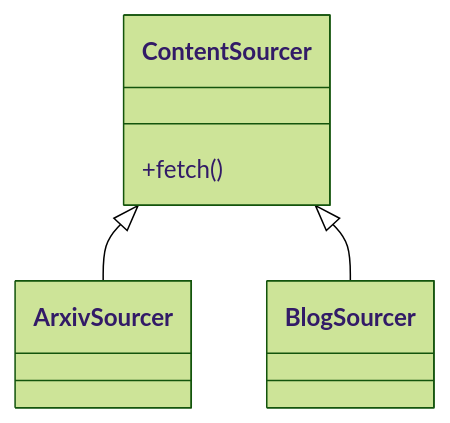
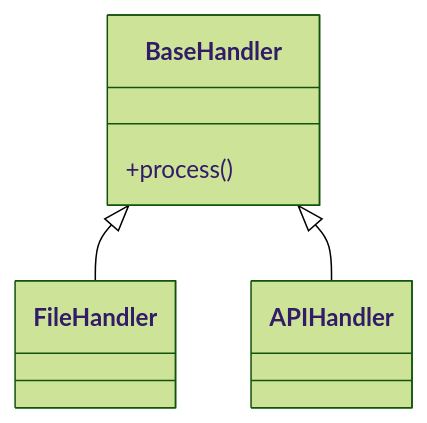
The fourth of 4 diagrams in .claude/skills/session-end.md (jhutchison0/tacsop), drawn with Mermaid (forest theme) before and after one commit. The commit also changed other lines of this file and 3 other files, not shown here.

````diff
--- a/.claude/skills/session-end.md
+++ b/.claude/skills/session-end.md
@@ -203,6 +197,6 @@
 ```mermaid
 classDiagram
-    ContentSourcer <|-- ArxivSourcer
-    ContentSourcer <|-- BlogSourcer
-    ContentSourcer : +fetch()
+    BaseHandler <|-- FileHandler
+    BaseHandler <|-- APIHandler
+    BaseHandler : +process()
 ```
````
